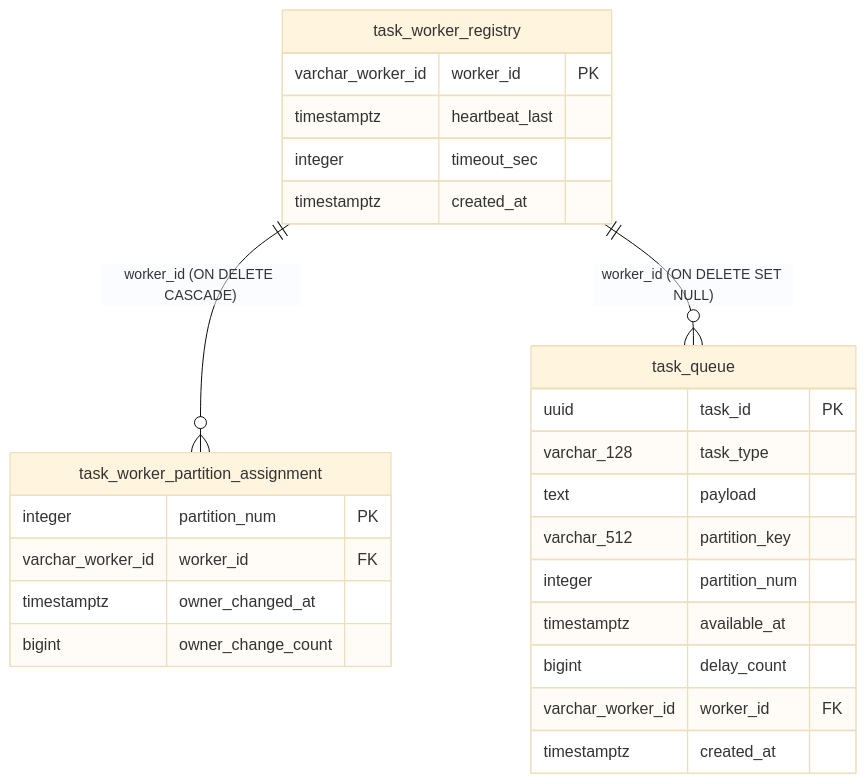
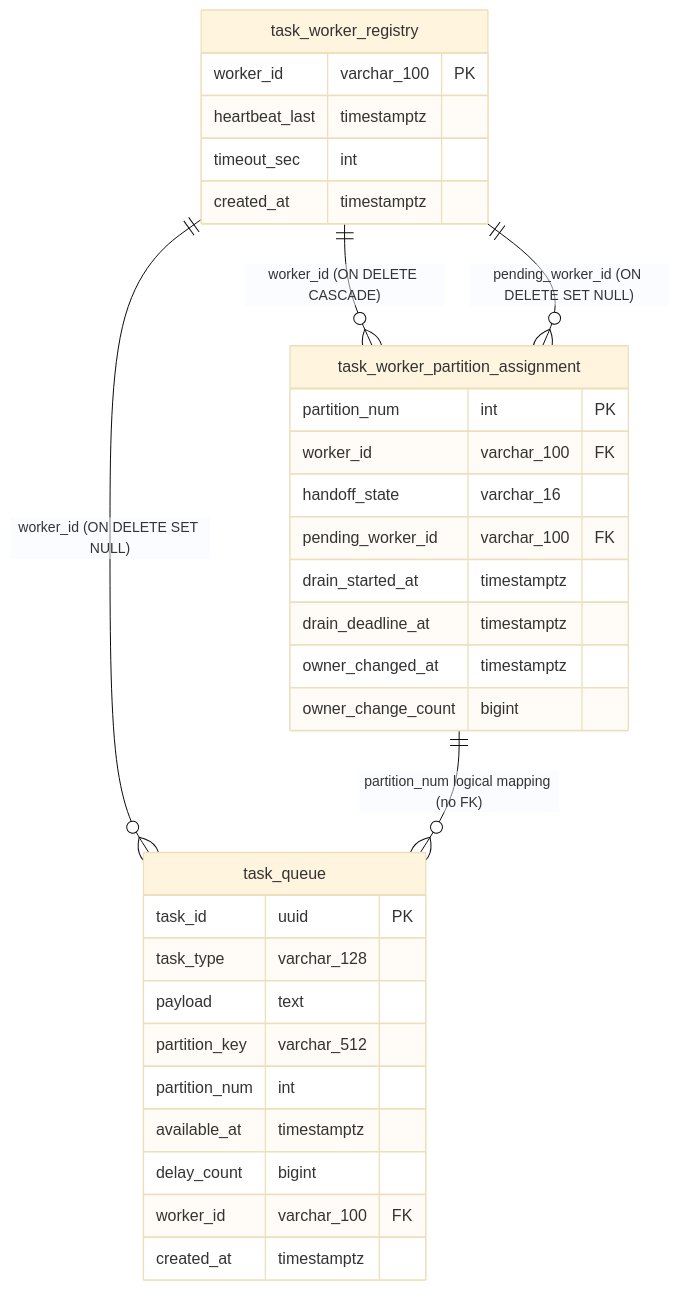
The fourth of 4 diagrams in docs/task-queue-architecture.md (VladislavVerkh/task-queue-postgres), drawn with Mermaid (base theme) before and after one commit. The commit also changed other lines of this file and 15 other files, not shown here.

````diff
--- a/docs/task-queue-architecture.md
+++ b/docs/task-queue-architecture.md
@@ -162,31 +254,37 @@
 ```mermaid
 erDiagram
     task_worker_registry {
-        varchar_worker_id worker_id PK
-        timestamptz heartbeat_last
-        integer timeout_sec
-        timestamptz created_at
+        worker_id varchar_100 PK
+        heartbeat_last timestamptz
+        timeout_sec int
+        created_at timestamptz
     }
 
     task_worker_partition_assignment {
-        integer partition_num PK
-        varchar_worker_id worker_id FK
-        timestamptz owner_changed_at
-        bigint owner_change_count
+        partition_num int PK
+        worker_id varchar_100 FK
+        handoff_state varchar_16
+        pending_worker_id varchar_100 FK
+        drain_started_at timestamptz
+        drain_deadline_at timestamptz
+        owner_changed_at timestamptz
+        owner_change_count bigint
     }
 
     task_queue {
-        uuid task_id PK
-        varchar_128 task_type
-        text payload
-        varchar_512 partition_key
-        integer partition_num
-        timestamptz available_at
-        bigint delay_count
-        varchar_worker_id worker_id FK
-        timestamptz created_at
+        task_id uuid PK
+        task_type varchar_128
+        payload text
+        partition_key varchar_512
+        partition_num int
+        available_at timestamptz
+        delay_count bigint
+        worker_id varchar_100 FK
+        created_at timestamptz
     }
 
     task_worker_registry ||--o{ task_worker_partition_assignment : "worker_id (ON DELETE CASCADE)"
+    task_worker_registry ||--o{ task_worker_partition_assignment : "pending_worker_id (ON DELETE SET NULL)"
     task_worker_registry ||--o{ task_queue : "worker_id (ON DELETE SET NULL)"
+    task_worker_partition_assignment ||--o{ task_queue : "partition_num logical mapping (no FK)"
 ```
````
